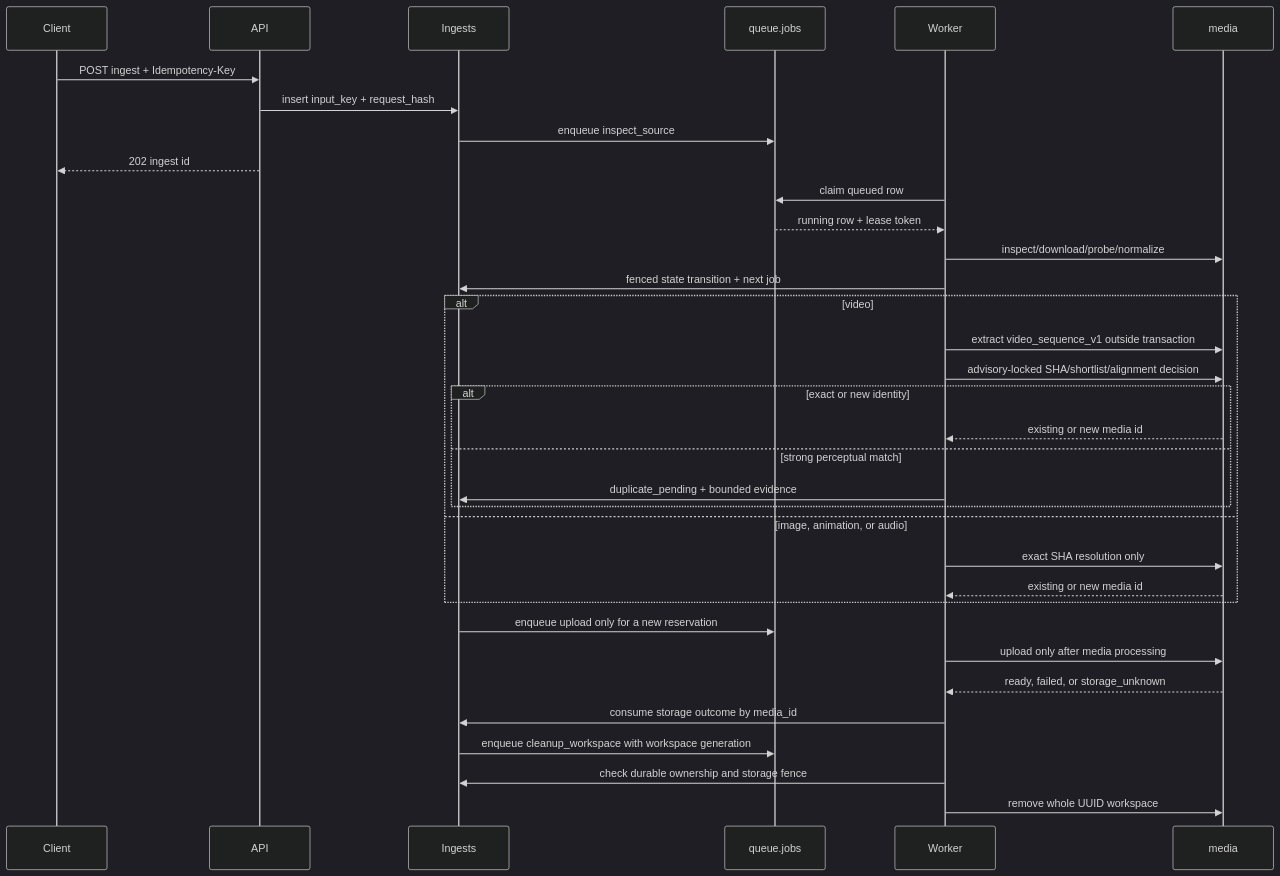
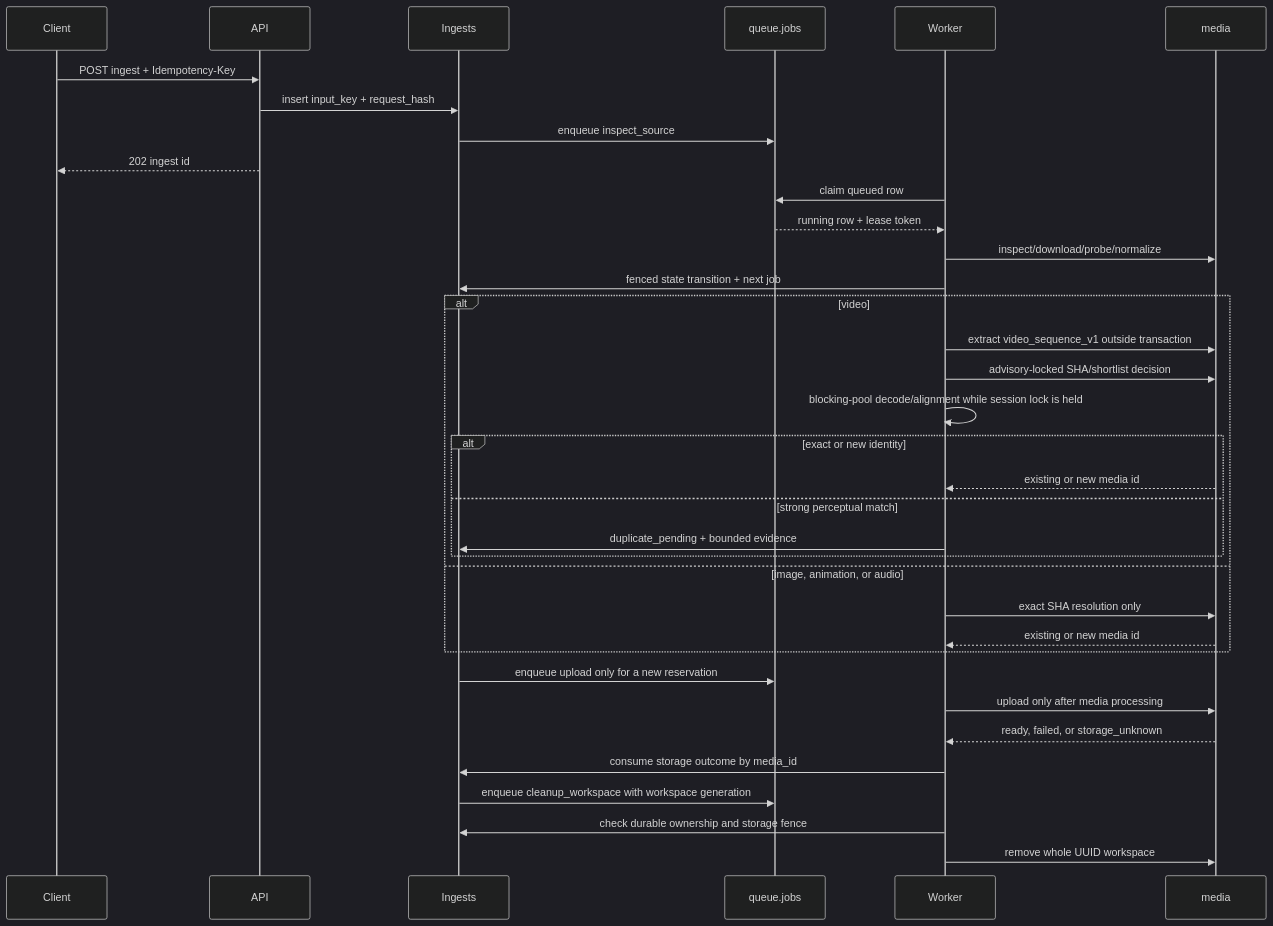
The second of 3 diagrams in docs/architecture.md (godlikedh/sooqa), drawn with Mermaid (dark theme) before and after one commit. The commit also changed other lines of this file and 9 other files, not shown here.

````diff
--- a/docs/architecture.md
+++ b/docs/architecture.md
@@ -112,37 +112,38 @@
 ```mermaid
 sequenceDiagram
     participant Client
     participant API
     participant Ingests
     participant Queue as queue.jobs
     participant Worker
     participant Media as media
 
     Client->>API: POST ingest + Idempotency-Key
     API->>Ingests: insert input_key + request_hash
     Ingests->>Queue: enqueue inspect_source
     API-->>Client: 202 ingest id
     Worker->>Queue: claim queued row
     Queue-->>Worker: running row + lease token
     Worker->>Media: inspect/download/probe/normalize
     Worker->>Ingests: fenced state transition + next job
     alt video
         Worker->>Media: extract video_sequence_v1 outside transaction
-        Worker->>Media: advisory-locked SHA/shortlist/alignment decision
+        Worker->>Media: advisory-locked SHA/shortlist decision
+        Worker->>Worker: blocking-pool decode/alignment while session lock is held
         alt exact or new identity
             Media-->>Worker: existing or new media id
         else strong perceptual match
             Worker->>Ingests: duplicate_pending + bounded evidence
         end
     else image, animation, or audio
         Worker->>Media: exact SHA resolution only
         Media-->>Worker: existing or new media id
     end
     Ingests->>Queue: enqueue upload only for a new reservation
     Worker->>Media: upload only after media processing
     Media-->>Worker: ready, failed, or storage_unknown
     Worker->>Ingests: consume storage outcome by media_id
     Ingests->>Queue: enqueue cleanup_workspace with workspace generation
     Worker->>Ingests: check durable ownership and storage fence
     Worker->>Media: remove whole UUID workspace
 ```
````
